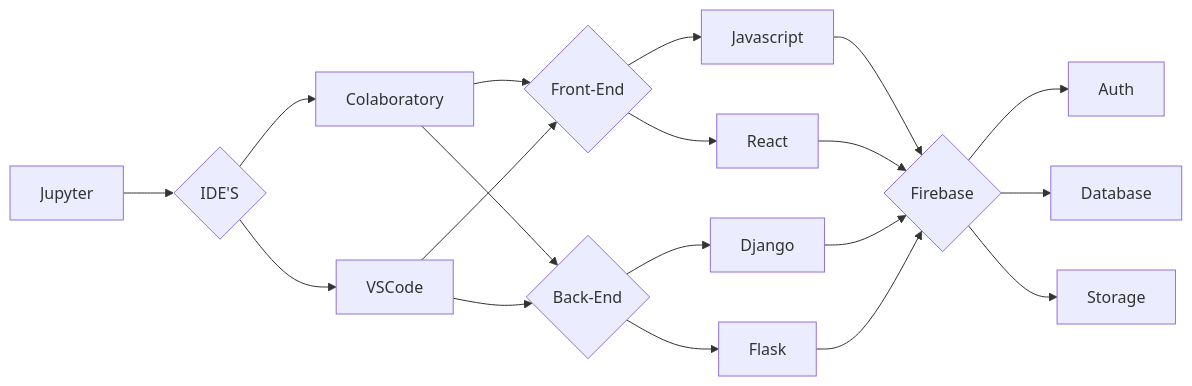
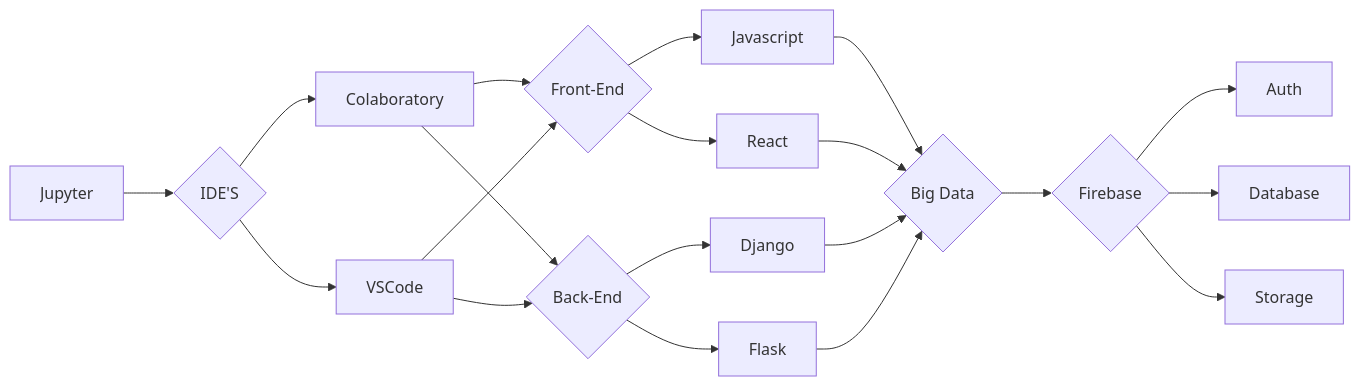
Before and after one commit to SauloCandeira/SauloCandeira: the first of 2 diagrams in README.md, drawn with Mermaid.

````diff
--- a/README.md
+++ b/README.md
@@ -61,24 +61,27 @@
 ```mermaid
 flowchart LR
 
 M[Jupyter] --> Z{IDE'S} 
 
 Z{IDE'S} --> K[Colaboratory]
 Z  --> L
 
 K[Colaboratory] --> A{Front-End} 
 K --> B{Back-End}
 L[VSCode] --> A{Front-End} 
 L --> B{Back-End}
 
-A{Front-End} --> I[Javascript] --> C{Firebase}
-A{Front-End} --> J[React] --> C{Firebase}
+A{Front-End} --> I[Javascript] --> N{Big Data}
+A{Front-End} --> J[React] --> N{Big Data}
 
-B{Back-End} --> G[Django] --> C{Firebase}
-B{Back-End} --> H[Flask] --> C{Firebase}
+B{Back-End} --> G[Django] --> N{Big Data}
+B{Back-End} --> H[Flask] --> N{Big Data}
+
+N{Big Data} --> C{Firebase}
+
 
 
 C --> D[Auth]
 C --> E[Database]
 C --> F[Storage]
 ```
````
